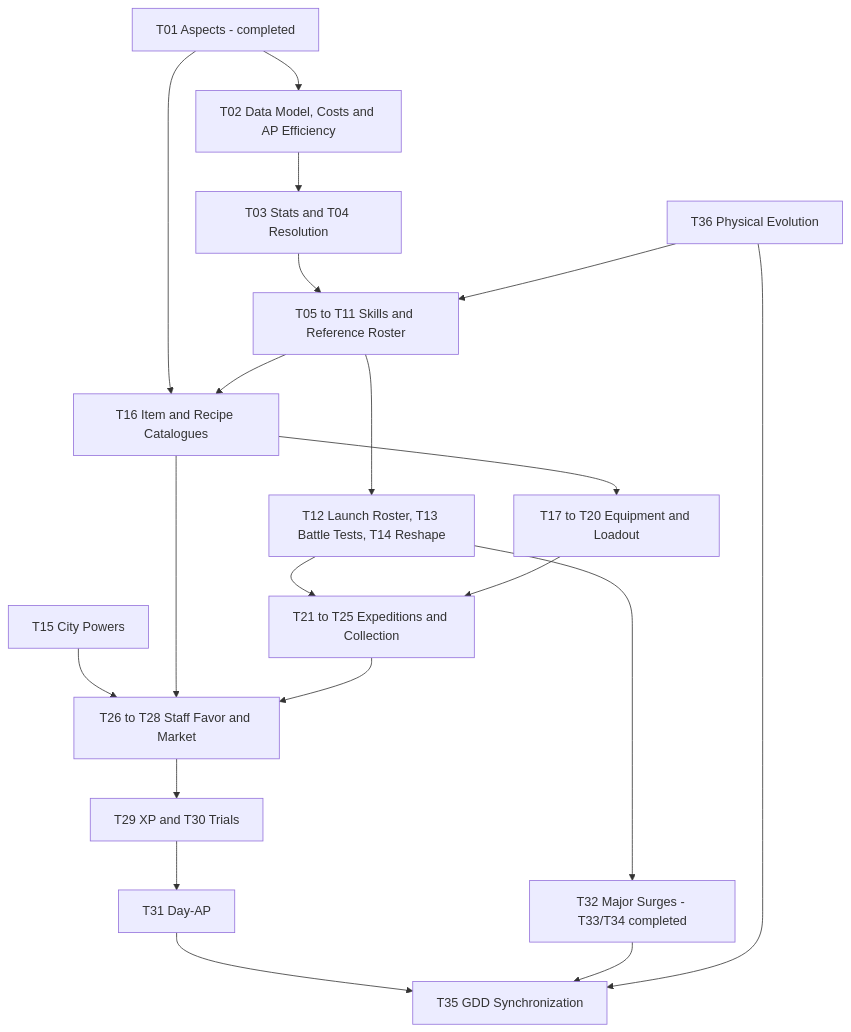
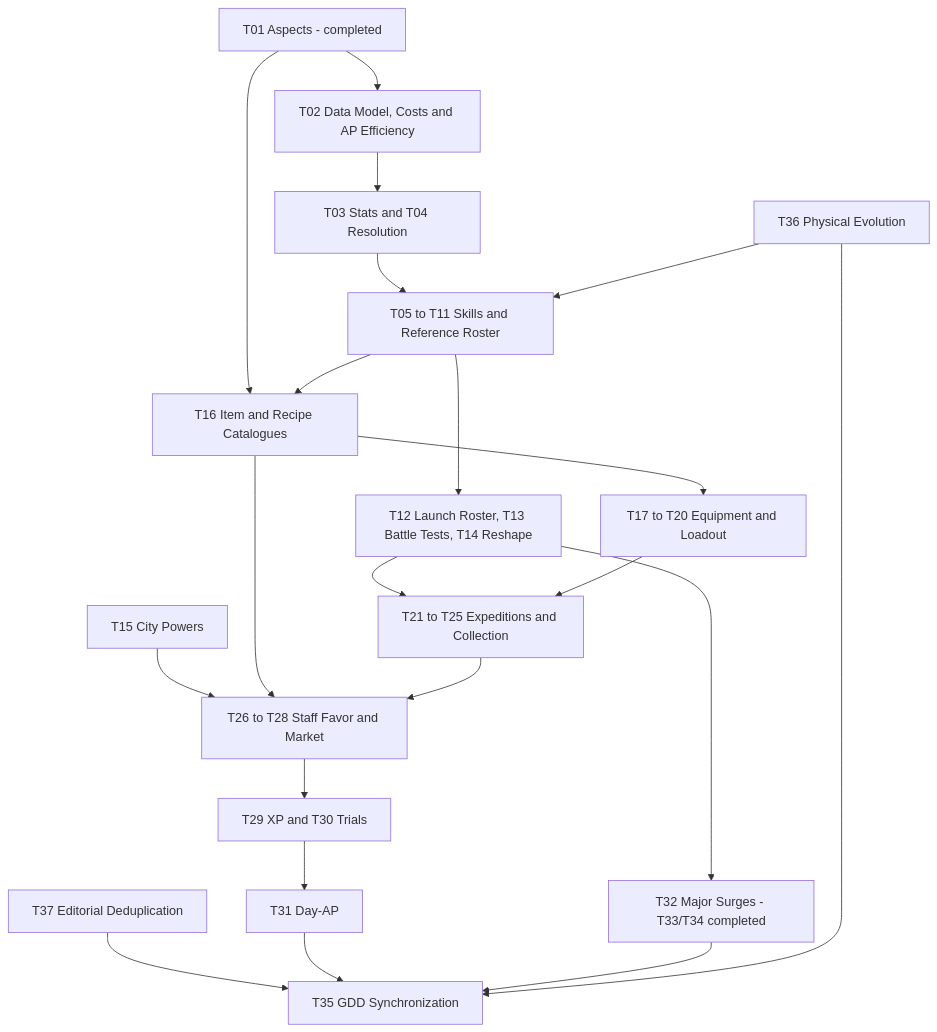
One commit to papierkorp/road_of_the_beasts changed the diagram in docs/temp_todo.md. Above: the diagram before and after it, drawn with Mermaid. The commit also changed other lines of this file and 3 other files, not shown here.

````diff
--- a/docs/temp_todo.md
+++ b/docs/temp_todo.md
@@ -470,22 +472,23 @@
 ```mermaid
 flowchart TD
     A[T01 Aspects - completed] --> B[T02 Data Model, Costs and AP Efficiency]
     B --> C[T03 Stats and T04 Resolution]
     C --> D[T05 to T11 Skills and Reference Roster]
     P[T36 Physical Evolution] --> D
+    Q[T37 Editorial Deduplication] --> N
     D --> E[T12 Launch Roster, T13 Battle Tests, T14 Reshape]
     A --> F[T16 Item and Recipe Catalogues]
     D --> F
     F --> G[T17 to T20 Equipment and Loadout]
     E --> H[T21 to T25 Expeditions and Collection]
     G --> H
     I[T15 City Powers] --> J[T26 to T28 Staff Favor and Market]
     F --> J
     H --> J
     J --> K[T29 XP and T30 Trials]
     K --> L[T31 Day-AP]
     E --> M[T32 Major Surges - T33/T34 completed]
     L --> N[T35 GDD Synchronization]
     M --> N
     P --> N
 ```
````
